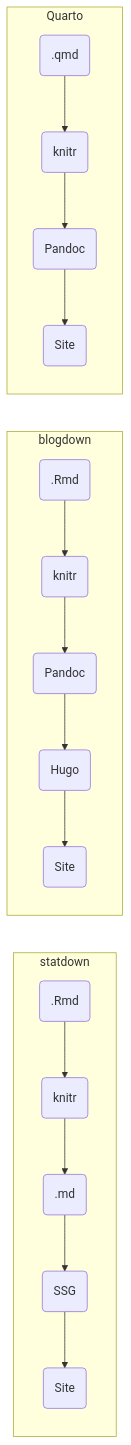
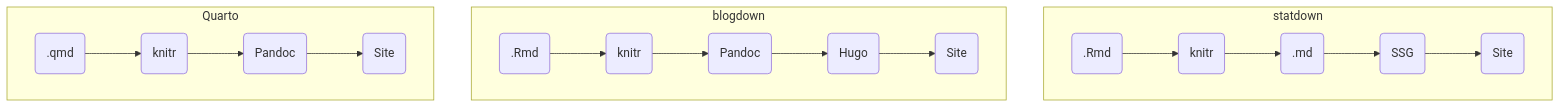
One commit to andrewjstryker/statdown changed the diagram in README.md. Above: the diagram before and after it, drawn with Mermaid.

Commit message:
Improve diagram

````diff
--- a/README.md
+++ b/README.md
@@ -45,23 +45,18 @@
 ```mermaid
-flowchart LR
+flowchart TB
 
-    subgraph K[statdown]
-    A1(.Rmd) --> A2(knitr)
-    A2 --> A3(.md)
-    A3 --> A4(SSG)
-    A4 --> A5(Site)
+    subgraph K["statdown"]
+    direction LR
+    A1(.Rmd) --> A2(knitr) --> A3(.md) --> A4(SSG) --> A5(Site)
     end
 
-    subgraph B[blogdown]
-    B1(.Rmd) --> B2(knitr)
-    B2 --> B3(Pandoc)
-    B3 --> B4(Hugo)
-    B4 --> B5(Site)
+    subgraph B["blogdown"]
+    direction LR
+    B1(.Rmd) --> B2(knitr) --> B3(Pandoc) --> B4(Hugo) --> B5(Site)
     end
 
-    subgraph Q[Quarto]
-    Q1(.qmd) --> Q2(knitr)
-    Q2 --> Q3(Pandoc)
-    Q3 --> Q4(Site)
+    subgraph Q["Quarto"]
+    direction LR
+    Q1(.qmd) --> Q2(knitr) --> Q3(Pandoc) --> Q4(Site)
     end
 ```
````
